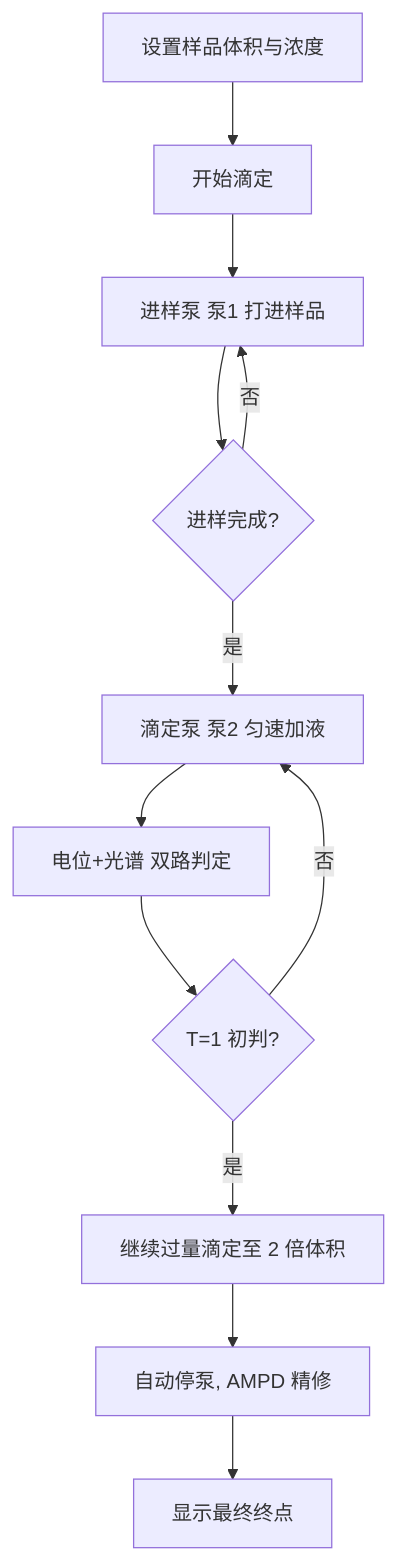
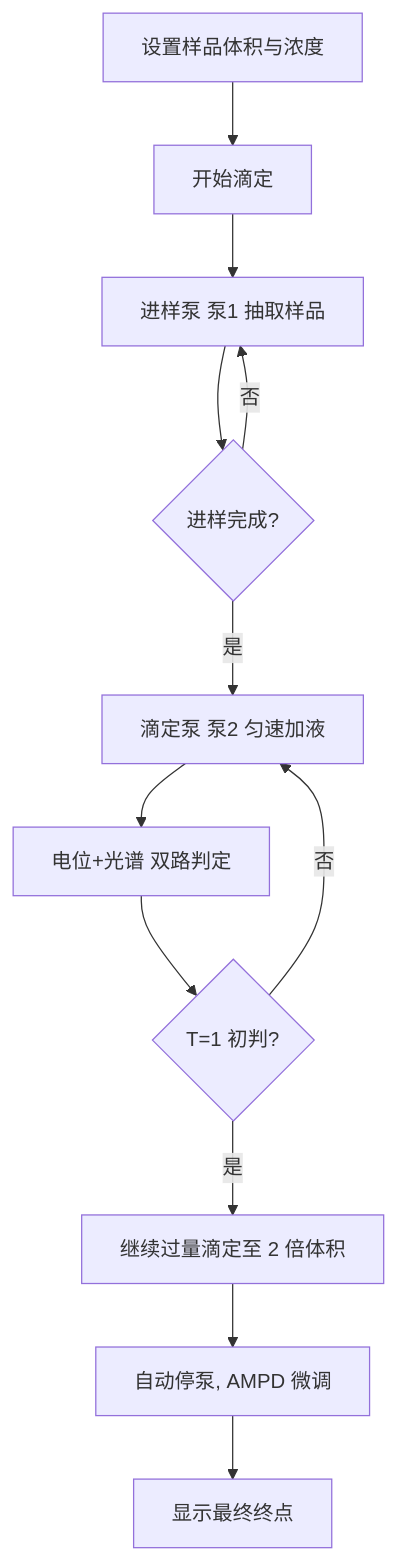
One commit to ZhiYi-R/AutoTitrator-Free changed the diagram in docs/host-user-guide.md. Above: the diagram before and after it, drawn with Mermaid. The commit also changed other lines of this file and 10 other files, not shown here.

````diff
--- a/docs/host-user-guide.md
+++ b/docs/host-user-guide.md
@@ -75,14 +75,14 @@
 ```mermaid
 flowchart TD
     A[设置样品体积与浓度] --> B[开始滴定]
-    B --> C[进样泵 泵1 打进样品]
+    B --> C[进样泵 泵1 抽取样品]
     C --> D{进样完成?}
     D -- 否 --> C
     D -- 是 --> E[滴定泵 泵2 匀速加液]
     E --> F[电位+光谱 双路判定]
     F --> G{T=1 初判?}
     G -- 否 --> E
     G -- 是 --> H[继续过量滴定至 2 倍体积]
-    H --> I[自动停泵, AMPD 精修]
+    H --> I[自动停泵, AMPD 微调]
     I --> J[显示最终终点]
 ```
````
